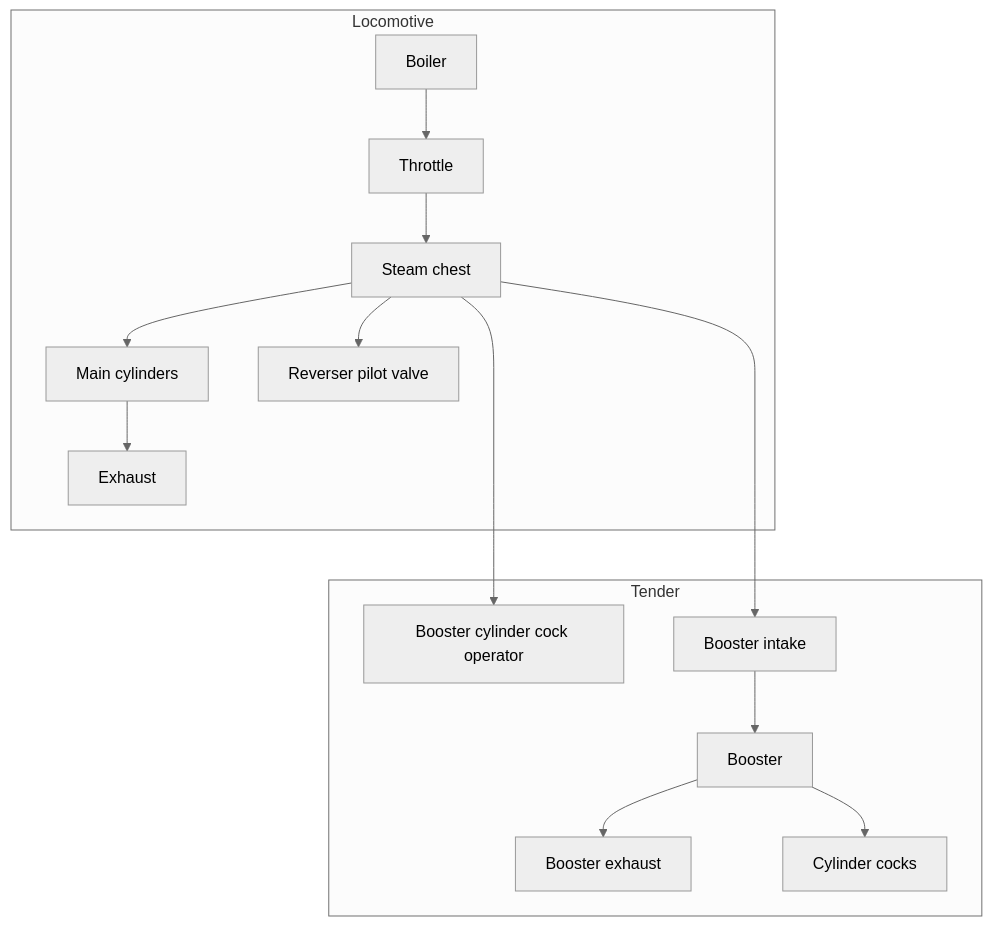
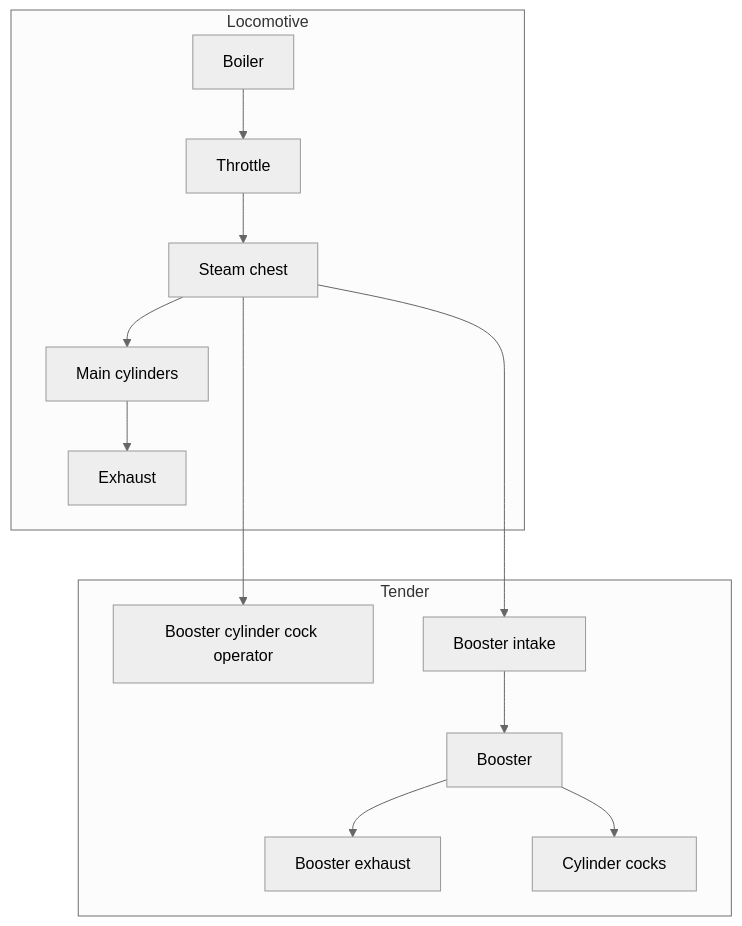
One commit to pjschinske/dv-rearranged-S282 changed the first of 3 diagrams in RearrangedS282/Sim/Booster/README.md. Above: the diagram before and after it, drawn with Mermaid (neutral theme). The commit also changed other lines of this file, not shown here.

````diff
--- a/RearrangedS282/Sim/Booster/README.md
+++ b/RearrangedS282/Sim/Booster/README.md
@@ -3,23 +3,21 @@
 ```mermaid
 graph TD;
 SteamEngine[Main cylinders]
-ReverserPilotValve[Reverser pilot valve]
 ThrottleCalculator[Steam chest]
 BoosterCylinderCockOperator[Booster cylinder cock operator]
 BoosterIntake[Booster intake]
 BoosterExhaust[Booster exhaust]
 CylinderCocks[Cylinder cocks]
     subgraph Locomotive
         Boiler-->Throttle-->ThrottleCalculator
         ThrottleCalculator-->SteamEngine
         SteamEngine-->Exhaust
-        ThrottleCalculator-->ReverserPilotValve
     end
     subgraph Tender
         ThrottleCalculator---->BoosterIntake
         ThrottleCalculator---->BoosterCylinderCockOperator
         BoosterIntake-->Booster
         Booster-->BoosterExhaust
         Booster-->CylinderCocks
     end
 ```
````
